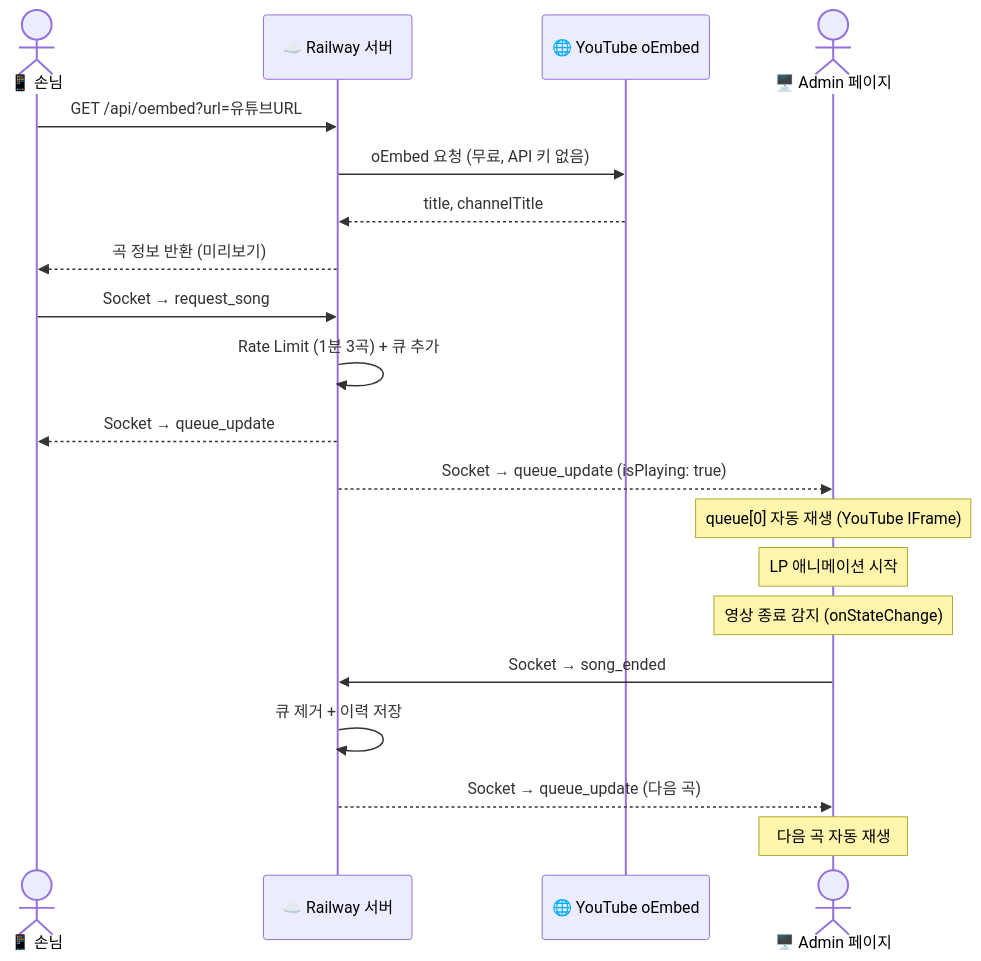
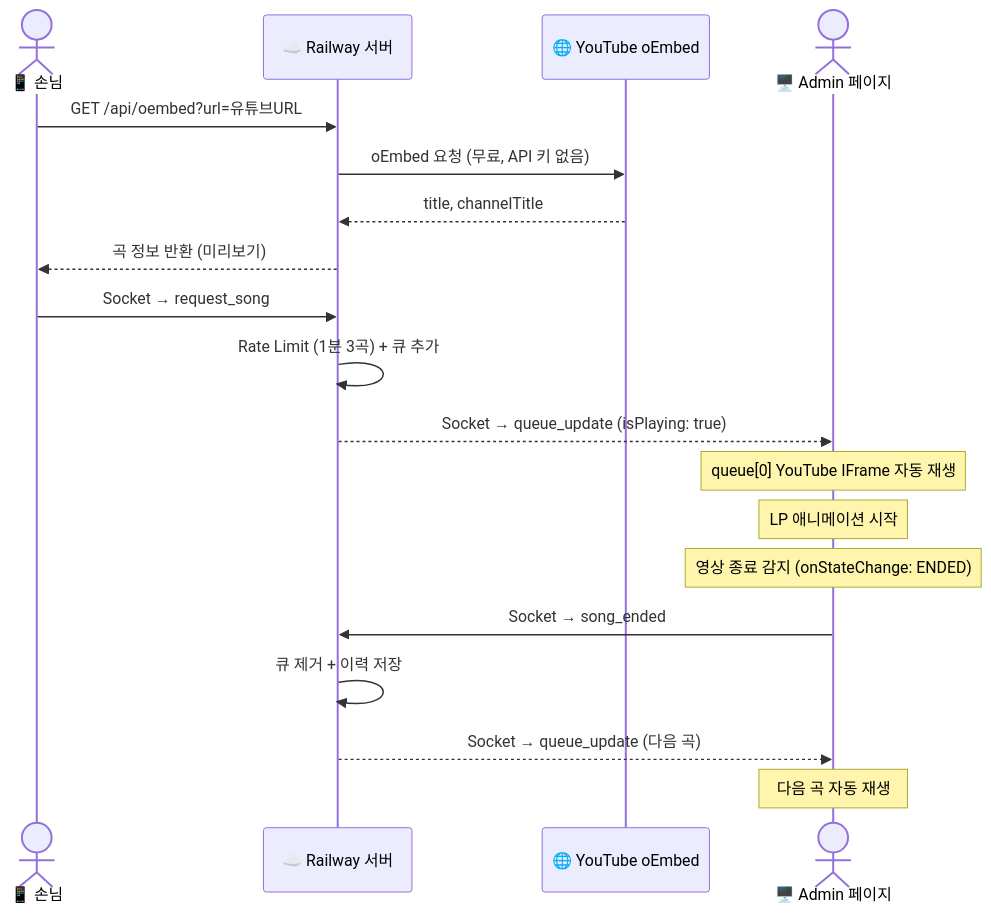
One commit to sngmng6506/caffeine-Flow changed the second of 3 diagrams in README.md. Above: the diagram before and after it, drawn with Mermaid. The commit also changed other lines of this file and 9 other files, not shown here.

````diff
--- a/README.md
+++ b/README.md
@@ -71,26 +70,25 @@
 ```mermaid
 sequenceDiagram
     actor 손님 as 📱 손님
     participant 서버 as ☁️ Railway 서버
     participant YT_OE as 🌐 YouTube oEmbed
     actor Admin as 🖥️ Admin 페이지
 
     손님->>서버: GET /api/oembed?url=유튜브URL
     서버->>YT_OE: oEmbed 요청 (무료, API 키 없음)
     YT_OE-->>서버: title, channelTitle
     서버-->>손님: 곡 정보 반환 (미리보기)
 
     손님->>서버: Socket → request_song
     서버->>서버: Rate Limit (1분 3곡) + 큐 추가
-    서버-->>손님: Socket → queue_update
     서버-->>Admin: Socket → queue_update (isPlaying: true)
 
-    Note over Admin: queue[0] 자동 재생 (YouTube IFrame)
+    Note over Admin: queue[0] YouTube IFrame 자동 재생
     Note over Admin: LP 애니메이션 시작
 
-    Note over Admin: 영상 종료 감지 (onStateChange)
+    Note over Admin: 영상 종료 감지 (onStateChange: ENDED)
     Admin->>서버: Socket → song_ended
     서버->>서버: 큐 제거 + 이력 저장
     서버-->>Admin: Socket → queue_update (다음 곡)
     Note over Admin: 다음 곡 자동 재생
 ```
````
